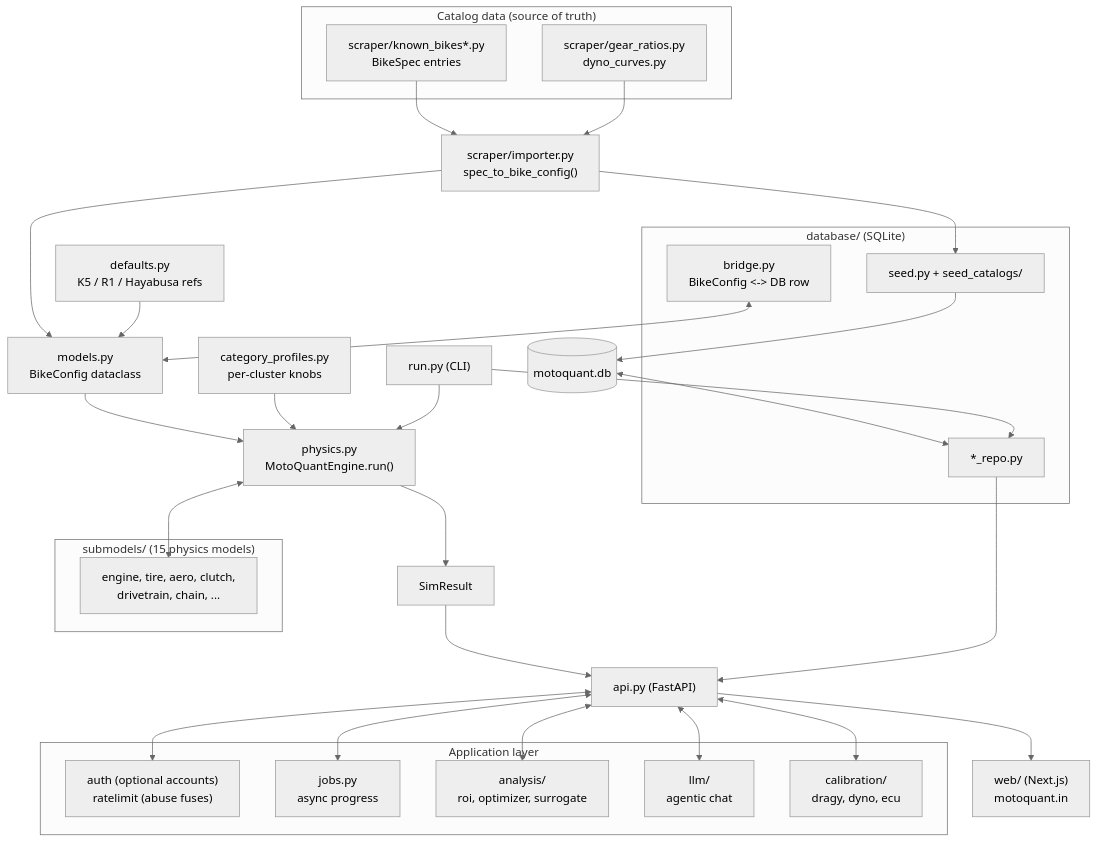
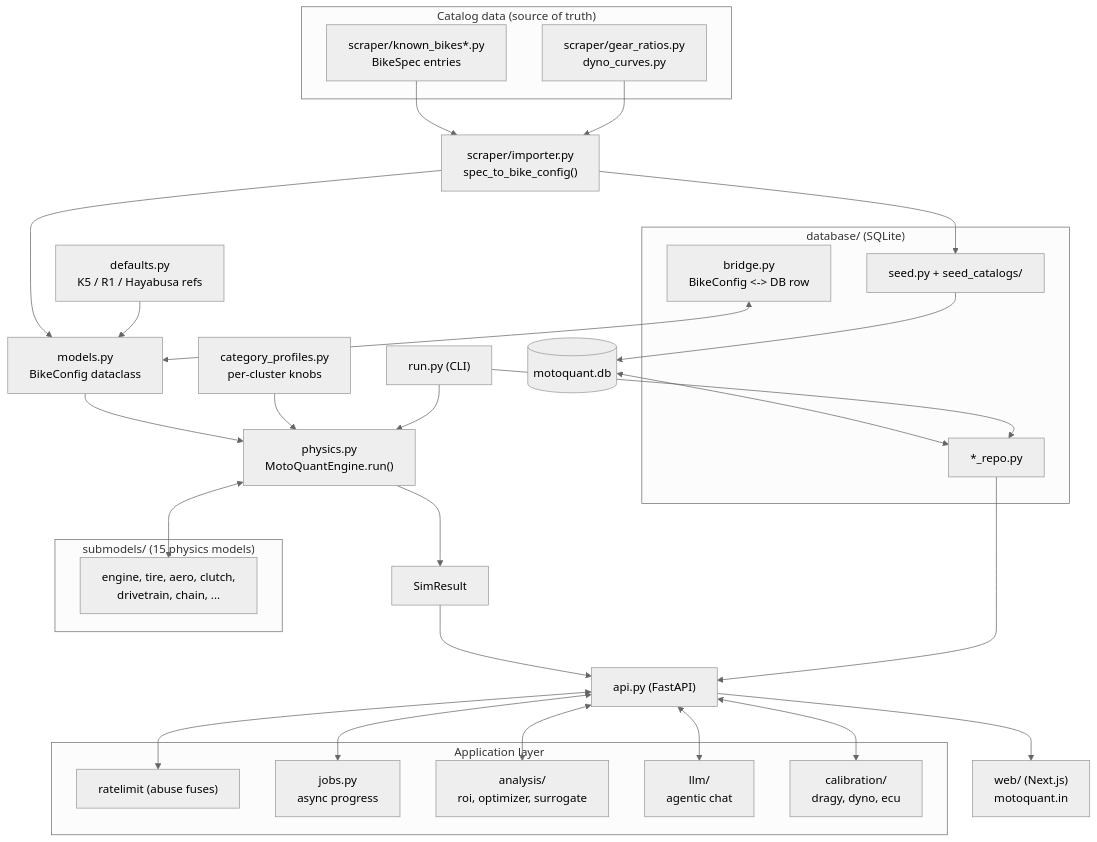
The diagram in docs/ARCHITECTURE.md (toto171/MotoQuant.in), drawn with Mermaid (neutral theme) before and after one commit. The commit also changed other lines of this file and 78 other files, not shown here.

````diff
--- a/docs/ARCHITECTURE.md
+++ b/docs/ARCHITECTURE.md
@@ -19,46 +19,46 @@
 ```mermaid
 flowchart TD
     subgraph Data["Catalog data (source of truth)"]
         KB["scraper/known_bikes*.py<br/>BikeSpec entries"]
         GR["scraper/gear_ratios.py<br/>dyno_curves.py"]
     end
     KB --> IMP["scraper/importer.py<br/>spec_to_bike_config()"]
     GR --> IMP
     IMP --> BC["models.py<br/>BikeConfig dataclass"]
     DEF["defaults.py<br/>K5 / R1 / Hayabusa refs"] --> BC
     BC --> ENG["physics.py<br/>MotoQuantEngine.run()"]
     subgraph Sub["submodels/ (15 physics models)"]
         SM["engine, tire, aero, clutch,<br/>drivetrain, chain, ..."]
     end
     ENG <--> SM
     CP["category_profiles.py<br/>per-cluster knobs"] --> ENG
     ENG --> SR["SimResult"]
 
     subgraph Persist["database/ (SQLite)"]
         SEED["seed.py + seed_catalogs/"]
         BRIDGE["bridge.py<br/>BikeConfig &lt;-&gt; DB row"]
         REPOS["*_repo.py"]
     end
     IMP --> SEED
     SEED --> DB[("motoquant.db")]
     DB <--> REPOS
     BRIDGE <--> BC
 
     SR --> API["api.py (FastAPI)"]
     REPOS --> API
     subgraph AppLayer["Application layer"]
-        AUTH["auth (optional accounts)<br/>ratelimit (abuse fuses)"]
+        AUTH["ratelimit (abuse fuses)"]
         JOBS["jobs.py<br/>async progress"]
         ANALYSIS["analysis/<br/>roi, optimizer, surrogate"]
         LLM["llm/<br/>agentic chat"]
         CAL["calibration/<br/>dragy, dyno, ecu"]
     end
     API <--> AUTH
     API <--> JOBS
     API <--> ANALYSIS
     API <--> LLM
     API <--> CAL
     API --> WEB["web/ (Next.js)<br/>motoquant.in"]
     CLI["run.py (CLI)"] --> ENG
     CLI --> REPOS
 ```
````
